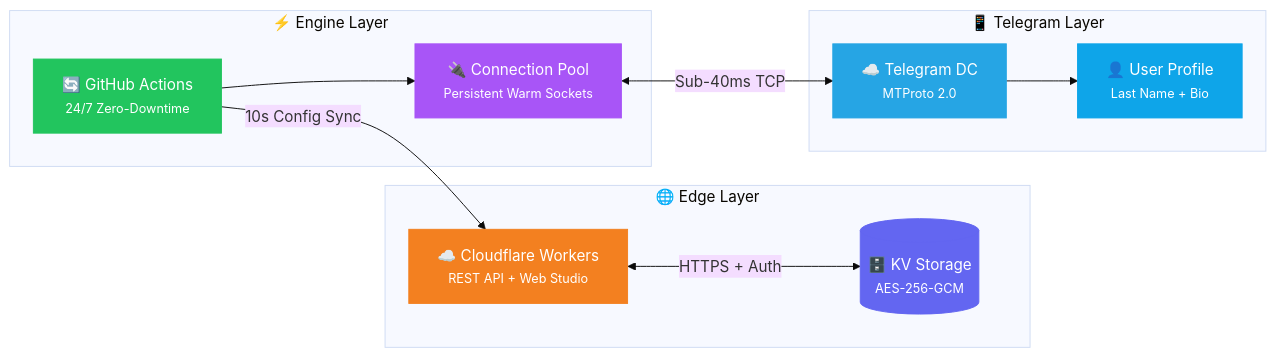
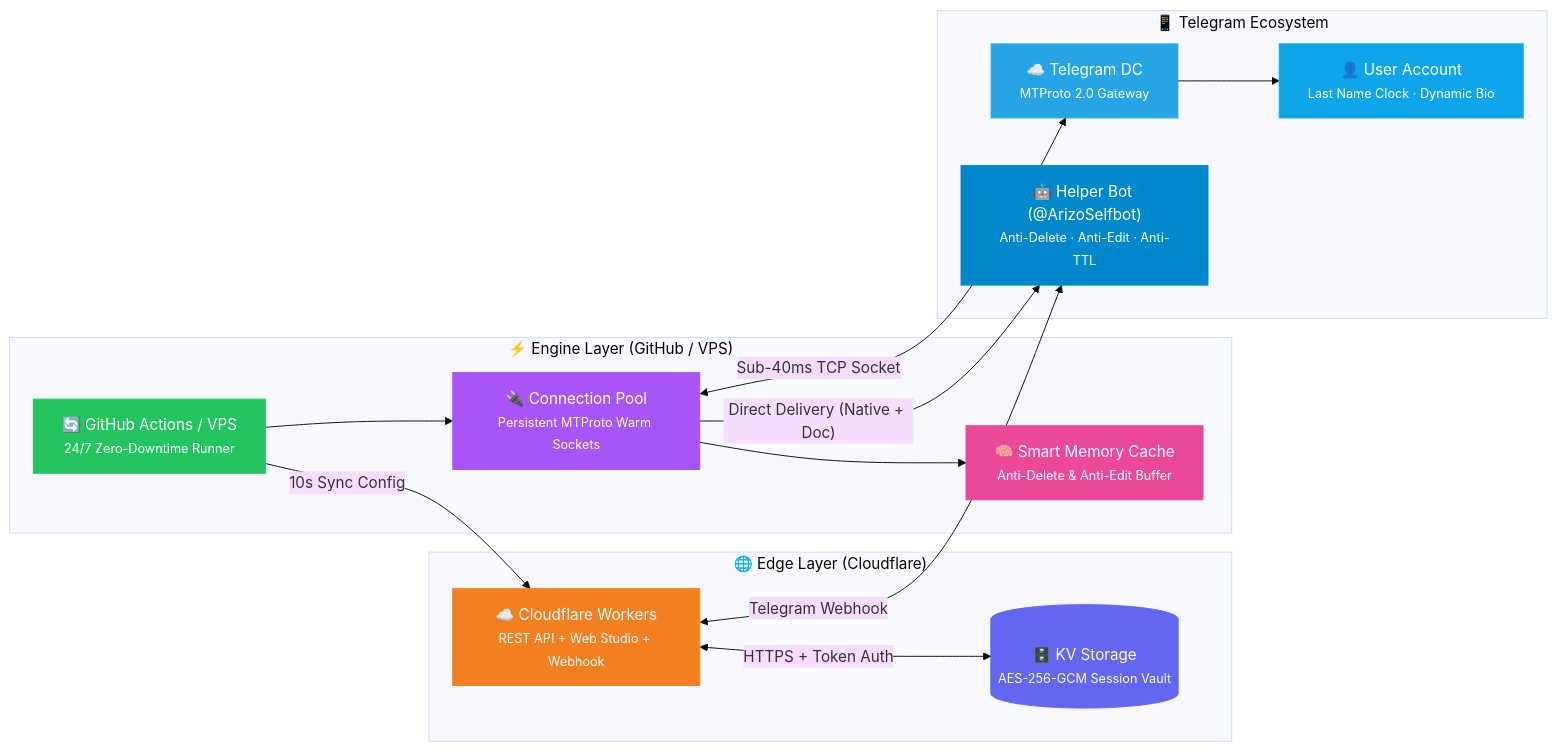
One commit to ArizoOwner/arizo-runner changed the diagram in README.md. Above: the diagram before and after it, drawn with Mermaid (base theme). The commit also changed other lines of this file, not shown here.

````diff
--- a/README.md
+++ b/README.md
@@ -141,30 +173,37 @@
 ```mermaid
 graph LR
-    subgraph "🌐 Edge Layer"
-        CF["☁️ Cloudflare Workers<br/><small>REST API + Web Studio</small>"]
-        KV[("🗄️ KV Storage<br/><small>AES-256-GCM</small>")]
+    subgraph "🌐 Edge Layer (Cloudflare)"
+        CF["☁️ Cloudflare Workers<br/><small>REST API + Web Studio + Webhook</small>"]
+        KV[("🗄️ KV Storage<br/><small>AES-256-GCM Session Vault</small>")]
     end
 
-    subgraph "⚡ Engine Layer"
-        GH["🔄 GitHub Actions<br/><small>24/7 Zero-Downtime</small>"]
-        POOL["🔌 Connection Pool<br/><small>Persistent Warm Sockets</small>"]
+    subgraph "⚡ Engine Layer (GitHub / VPS)"
+        GH["🔄 GitHub Actions / VPS<br/><small>24/7 Zero-Downtime Runner</small>"]
+        POOL["🔌 Connection Pool<br/><small>Persistent MTProto Warm Sockets</small>"]
+        CACHE["🧠 Smart Memory Cache<br/><small>Anti-Delete & Anti-Edit Buffer</small>"]
     end
 
-    subgraph "📱 Telegram Layer"
-        TG["☁️ Telegram DC<br/><small>MTProto 2.0</small>"]
-        USER["👤 User Profile<br/><small>Last Name + Bio</small>"]
+    subgraph "📱 Telegram Ecosystem"
+        TG["☁️ Telegram DC<br/><small>MTProto 2.0 Gateway</small>"]
+        BOT["🤖 Helper Bot (@ArizoSelfbot)<br/><small>Anti-Delete · Anti-Edit · Anti-TTL</small>"]
+        USER["👤 User Account<br/><small>Last Name Clock · Dynamic Bio</small>"]
     end
 
-    CF <-->|"HTTPS + Auth"| KV
-    GH -->|"10s Config Sync"| CF
+    CF <-->|"HTTPS + Token Auth"| KV
+    CF <-->|"Telegram Webhook"| BOT
+    GH -->|"10s Sync Config"| CF
     GH --> POOL
-    POOL <-->|"Sub-40ms TCP"| TG
+    POOL --> CACHE
+    POOL <-->|"Sub-40ms TCP Socket"| TG
     TG --> USER
+    POOL -->|"Direct Delivery (Native + Doc)"| BOT
 
     style CF fill:#f38020,stroke:#f38020,color:#fff
     style KV fill:#6366f1,stroke:#6366f1,color:#fff
     style GH fill:#22c55e,stroke:#22c55e,color:#fff
     style POOL fill:#a855f7,stroke:#a855f7,color:#fff
+    style CACHE fill:#ec4899,stroke:#ec4899,color:#fff
     style TG fill:#26A5E4,stroke:#26A5E4,color:#fff
+    style BOT fill:#0088cc,stroke:#0088cc,color:#fff
     style USER fill:#0ea5e9,stroke:#0ea5e9,color:#fff
 ```
````
